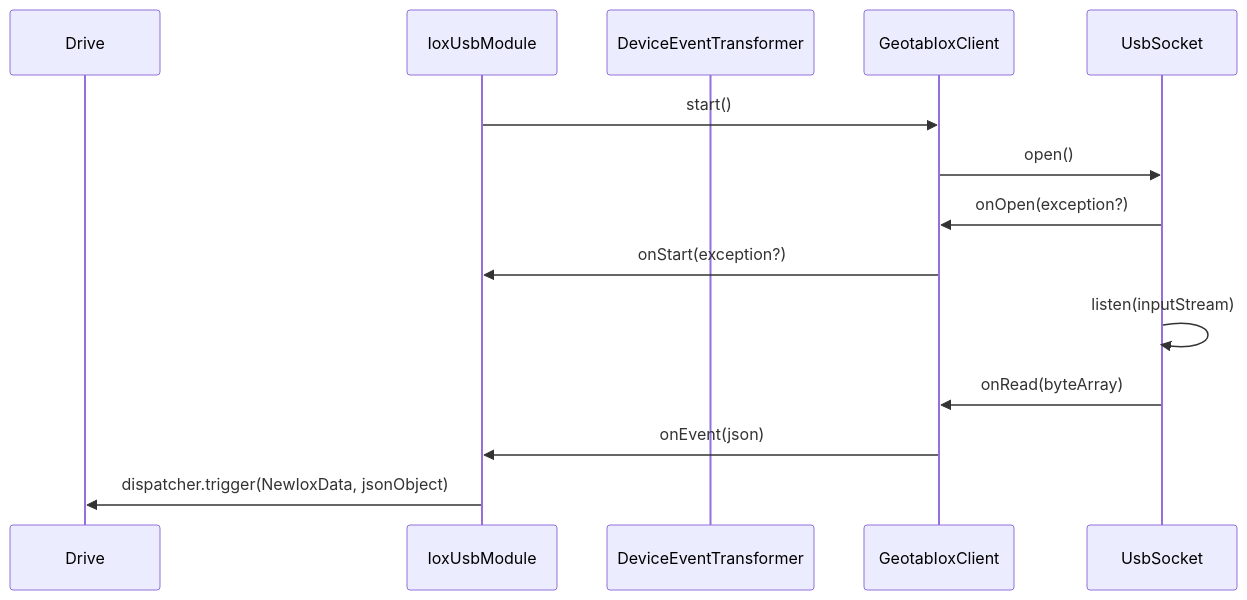
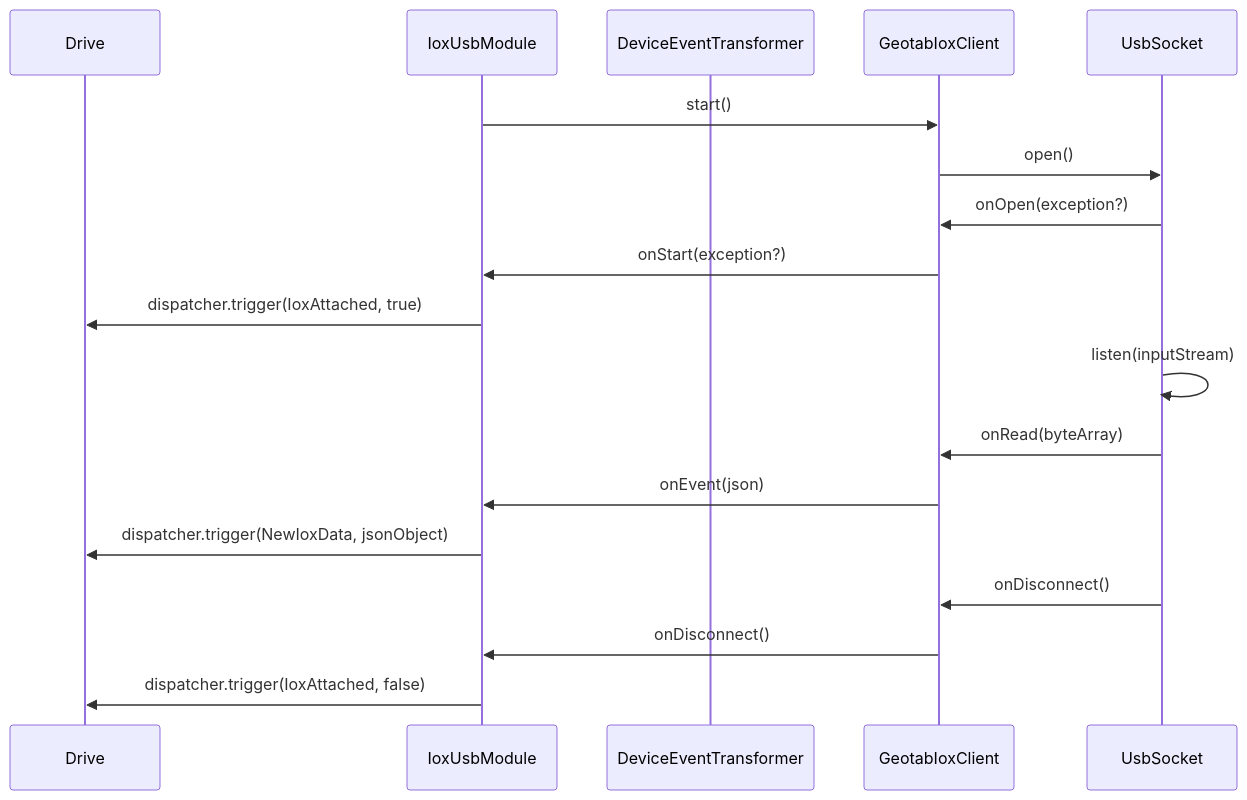
The first of 2 diagrams in geotabdrivesdk/src/main/java/com/geotab/mobile/sdk/module/iox/ioxUsb/IoxUsb.md (Geotab/mobile-sdk-android), drawn with Mermaid before and after one commit. The commit also changed 53 other files, not shown here.

````diff
--- a/geotabdrivesdk/src/main/java/com/geotab/mobile/sdk/module/iox/ioxUsb/IoxUsb.md
+++ b/geotabdrivesdk/src/main/java/com/geotab/mobile/sdk/module/iox/ioxUsb/IoxUsb.md
@@ -4,20 +4,25 @@
 ```mermaid
 sequenceDiagram
   participant wd as Drive
   participant iuc as IoxUsbModule
   participant tf as DeviceEventTransformer
   participant gic as GeotabIoxClient
   participant usb as UsbSocket
 
   iuc->>gic: start()
   gic->>usb: open()
 
   usb->>gic: onOpen(exception?)
   gic->>iuc: onStart(exception?)
+  iuc->>wd: dispatcher.trigger(IoxAttached, true)
 
   usb->>usb: listen(inputStream)
 
   usb->>gic: onRead(byteArray)
   gic->>iuc: onEvent(json)
   iuc->>wd: dispatcher.trigger(NewIoxData, jsonObject)
+
+  usb->>gic: onDisconnect()
+  gic->>iuc: onDisconnect()
+  iuc->>wd: dispatcher.trigger(IoxAttached, false)
 ```
````
